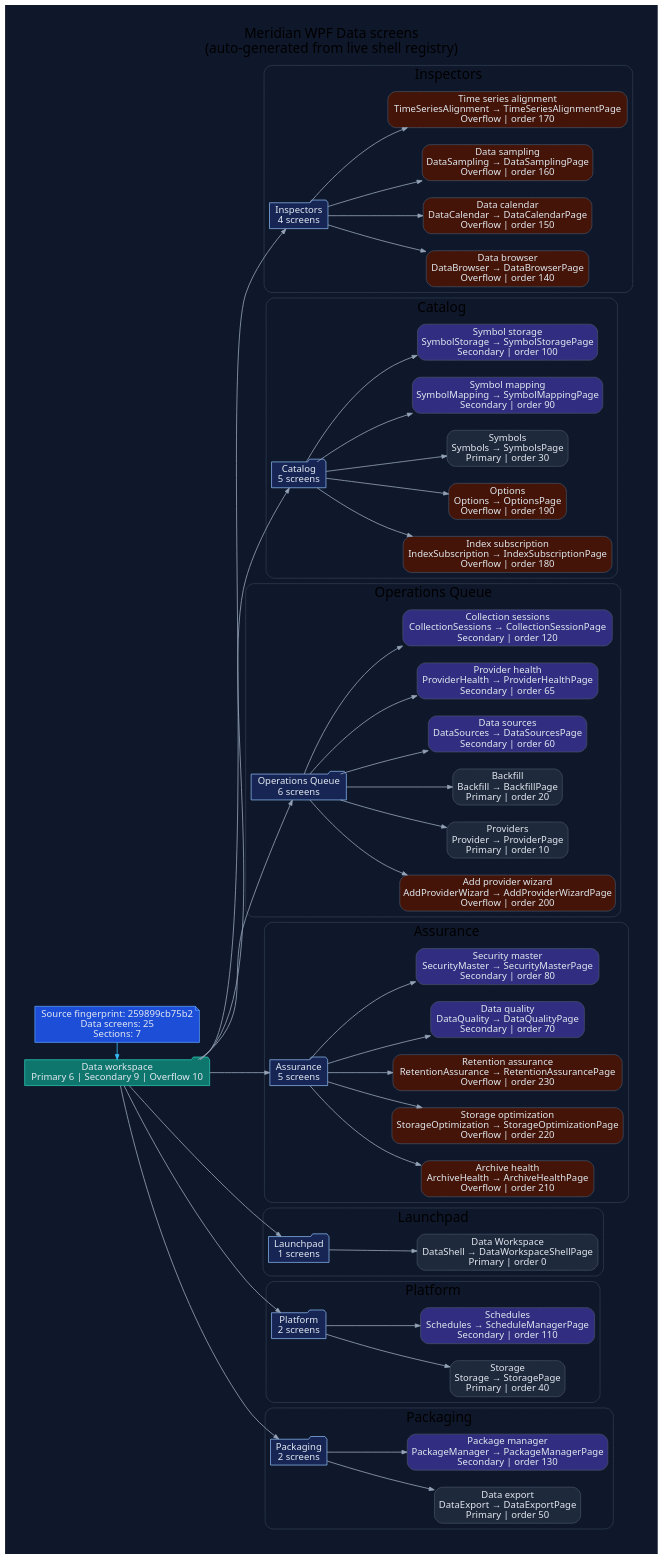
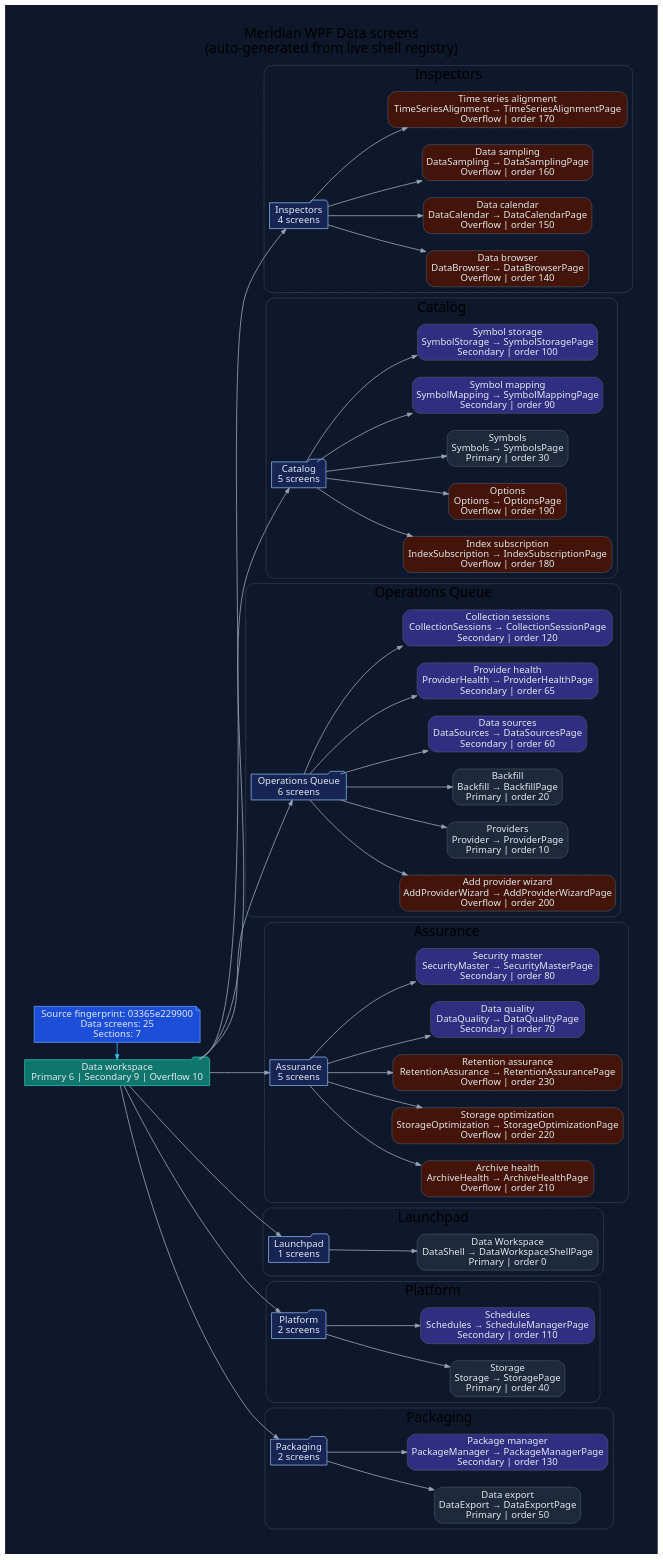
The diagram in docs/diagrams/ui/ui-wpf-screens-data.dot (rodoHasArrived/Meridian-main), drawn with Graphviz before and after one commit. The commit also changed 88 other files, not shown here.

```diff
--- a/docs/diagrams/ui/ui-wpf-screens-data.dot
+++ b/docs/diagrams/ui/ui-wpf-screens-data.dot
@@ -1,132 +1,132 @@
 // -----------------------------------------------------------------------------
 // <auto-generated>
 // Generated by scripts/generate-diagrams.mjs.
 // Do not edit this file directly; update the WPF source files instead.
 // -----------------------------------------------------------------------------
 digraph WpfDataScreens {
   graph [
     rankdir=LR,
     labelloc=t,
     label="Meridian WPF Data screens\n(auto-generated from live shell registry)",
     fontname="Segoe UI",
     fontsize=20,
     pad=0.4,
     nodesep=0.35,
     ranksep=0.85,
     bgcolor="#0f172a"
   ];
   node [fontname="Segoe UI", shape=box, style="rounded,filled", color="#475569", fontcolor="#e2e8f0", fillcolor="#1e293b"];
   edge [fontname="Segoe UI", color="#94a3b8", penwidth=1.2, arrowsize=0.75];
 
-  generated [shape=note, fillcolor="#1d4ed8", color="#60a5fa", label="Source fingerprint: 259899cb75b2\nData screens: 25\nSections: 7"];
+  generated [shape=note, fillcolor="#1d4ed8", color="#60a5fa", label="Source fingerprint: 03365e229900\nData screens: 25\nSections: 7"];
   workspace [shape=folder, fillcolor="#0f766e", color="#2dd4bf", label="Data workspace\nPrimary 6 | Secondary 9 | Overflow 10"];
   generated -> workspace [color="#38bdf8"];
 
   subgraph cluster_section_1 {
     label="Inspectors";
     color="#334155";
     style="rounded";
     section_1 [shape=folder, fillcolor="#172554", color="#93c5fd", label="Inspectors\n4 screens"];
     workspace -> section_1;
     screen_DataBrowser [fillcolor="#431407", label="Data browser\nDataBrowser → DataBrowserPage\nOverflow | order 140"];
     section_1 -> screen_DataBrowser;
     screen_DataCalendar [fillcolor="#431407", label="Data calendar\nDataCalendar → DataCalendarPage\nOverflow | order 150"];
     section_1 -> screen_DataCalendar;
     screen_DataSampling [fillcolor="#431407", label="Data sampling\nDataSampling → DataSamplingPage\nOverflow | order 160"];
     section_1 -> screen_DataSampling;
     screen_TimeSeriesAlignment [fillcolor="#431407", label="Time series alignment\nTimeSeriesAlignment → TimeSeriesAlignmentPage\nOverflow | order 170"];
     section_1 -> screen_TimeSeriesAlignment;
   }
 
   subgraph cluster_section_2 {
     label="Catalog";
     color="#334155";
     style="rounded";
     section_2 [shape=folder, fillcolor="#172554", color="#93c5fd", label="Catalog\n5 screens"];
     workspace -> section_2;
     screen_IndexSubscription [fillcolor="#431407", label="Index subscription\nIndexSubscription → IndexSubscriptionPage\nOverflow | order 180"];
     section_2 -> screen_IndexSubscription;
     screen_Options [fillcolor="#431407", label="Options\nOptions → OptionsPage\nOverflow | order 190"];
     section_2 -> screen_Options;
     screen_Symbols [fillcolor="#1e293b", label="Symbols\nSymbols → SymbolsPage\nPrimary | order 30"];
     section_2 -> screen_Symbols;
     screen_SymbolMapping [fillcolor="#312e81", label="Symbol mapping\nSymbolMapping → SymbolMappingPage\nSecondary | order 90"];
     section_2 -> screen_SymbolMapping;
     screen_SymbolStorage [fillcolor="#312e81", label="Symbol storage\nSymbolStorage → SymbolStoragePage\nSecondary | order 100"];
     section_2 -> screen_SymbolStorage;
   }
 
   subgraph cluster_section_3 {
     label="Operations Queue";
     color="#334155";
     style="rounded";
     section_3 [shape=folder, fillcolor="#172554", color="#93c5fd", label="Operations Queue\n6 screens"];
     workspace -> section_3;
     screen_AddProviderWizard [fillcolor="#431407", label="Add provider wizard\nAddProviderWizard → AddProviderWizardPage\nOverflow | order 200"];
     section_3 -> screen_AddProviderWizard;
     screen_Provider [fillcolor="#1e293b", label="Providers\nProvider → ProviderPage\nPrimary | order 10"];
     section_3 -> screen_Provider;
     screen_Backfill [fillcolor="#1e293b", label="Backfill\nBackfill → BackfillPage\nPrimary | order 20"];
     section_3 -> screen_Backfill;
     screen_DataSources [fillcolor="#312e81", label="Data sources\nDataSources → DataSourcesPage\nSecondary | order 60"];
     section_3 -> screen_DataSources;
     screen_ProviderHealth [fillcolor="#312e81", label="Provider health\nProviderHealth → ProviderHealthPage\nSecondary | order 65"];
     section_3 -> screen_ProviderHealth;
     screen_CollectionSessions [fillcolor="#312e81", label="Collection sessions\nCollectionSessions → CollectionSessionPage\nSecondary | order 120"];
     section_3 -> screen_CollectionSessions;
   }
 
   subgraph cluster_section_4 {
     label="Assurance";
     color="#334155";
     style="rounded";
     section_4 [shape=folder, fillcolor="#172554", color="#93c5fd", label="Assurance\n5 screens"];
     workspace -> section_4;
     screen_ArchiveHealth [fillcolor="#431407", label="Archive health\nArchiveHealth → ArchiveHealthPage\nOverflow | order 210"];
     section_4 -> screen_ArchiveHealth;
     screen_StorageOptimization [fillcolor="#431407", label="Storage optimization\nStorageOptimization → StorageOptimizationPage\nOverflow | order 220"];
     section_4 -> screen_StorageOptimization;
     screen_RetentionAssurance [fillcolor="#431407", label="Retention assurance\nRetentionAssurance → RetentionAssurancePage\nOverflow | order 230"];
     section_4 -> screen_RetentionAssurance;
     screen_DataQuality [fillcolor="#312e81", label="Data quality\nDataQuality → DataQualityPage\nSecondary | order 70"];
     section_4 -> screen_DataQuality;
     screen_SecurityMaster [fillcolor="#312e81", label="Security master\nSecurityMaster → SecurityMasterPage\nSecondary | order 80"];
     section_4 -> screen_SecurityMaster;
   }
 
   subgraph cluster_section_5 {
     label="Launchpad";
     color="#334155";
     style="rounded";
     section_5 [shape=folder, fillcolor="#172554", color="#93c5fd", label="Launchpad\n1 screens"];
     workspace -> section_5;
     screen_DataShell [fillcolor="#1e293b", label="Data Workspace\nDataShell → DataWorkspaceShellPage\nPrimary | order 0"];
     section_5 -> screen_DataShell;
   }
 
   subgraph cluster_section_6 {
     label="Platform";
     color="#334155";
     style="rounded";
     section_6 [shape=folder, fillcolor="#172554", color="#93c5fd", label="Platform\n2 screens"];
     workspace -> section_6;
     screen_Storage [fillcolor="#1e293b", label="Storage\nStorage → StoragePage\nPrimary | order 40"];
     section_6 -> screen_Storage;
     screen_Schedules [fillcolor="#312e81", label="Schedules\nSchedules → ScheduleManagerPage\nSecondary | order 110"];
     section_6 -> screen_Schedules;
   }
 
   subgraph cluster_section_7 {
     label="Packaging";
     color="#334155";
     style="rounded";
     section_7 [shape=folder, fillcolor="#172554", color="#93c5fd", label="Packaging\n2 screens"];
     workspace -> section_7;
     screen_DataExport [fillcolor="#1e293b", label="Data export\nDataExport → DataExportPage\nPrimary | order 50"];
     section_7 -> screen_DataExport;
     screen_PackageManager [fillcolor="#312e81", label="Package manager\nPackageManager → PackageManagerPage\nSecondary | order 130"];
     section_7 -> screen_PackageManager;
   }
 
   { rank=min; generated; workspace; }
 }
```
